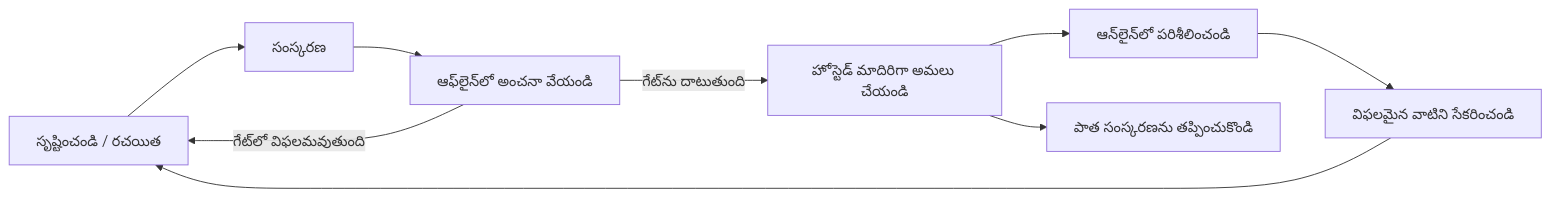
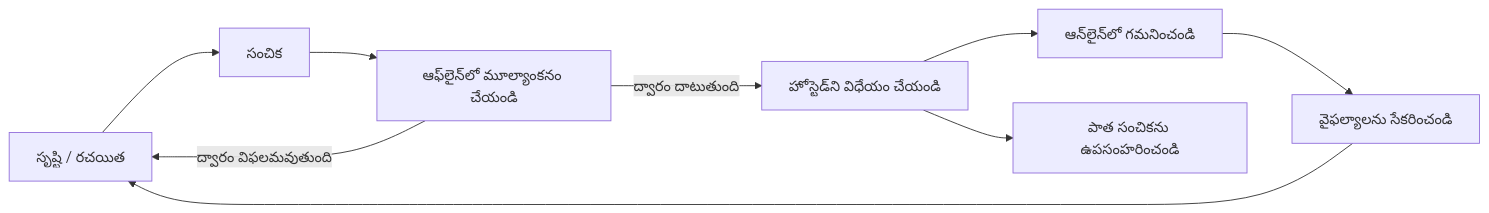
Before and after one commit to gabrielmoreira/agent-skills-mirror: the second of 4 diagrams in mirrors/repos/microsoft@ai-agents-for-beginners/translations/te/16-deploying-scalable-agents/README.md, drawn with Mermaid. The commit also changed other lines of this file and 3581 other files, not shown here.

````diff
--- a/mirrors/repos/microsoft@ai-agents-for-beginners/translations/te/16-deploying-scalable-agents/README.md
+++ b/mirrors/repos/microsoft@ai-agents-for-beginners/translations/te/16-deploying-scalable-agents/README.md
@@ -108,11 +108,11 @@
 ```mermaid
 flowchart LR
-    Create[సృష్టించండి / రచయిత] --> Version[సంస్కరణ]
-    Version --> Evaluate[ఆఫ్‌లైన్‌లో అంచనా వేయండి]
-    Evaluate -->|గేట్‌ను దాటుతుంది| Deploy[హోస్టెడ్ మాదిరిగా అమలు చేయండి]
-    Evaluate -->|గేట్‌లో విఫలమవుతుంది| Create
-    Deploy --> Observe[ఆన్‌లైన్‌లో పరిశీలించండి]
-    Observe --> Improve[విఫలమైన వాటిని సేకరించండి]
+    Create[సృష్టి / రచయిత] --> Version[సంచిక]
+    Version --> Evaluate[ఆఫ్‌లైన్‌లో మూల్యాంకనం చేయండి]
+    Evaluate -->|ద్వారం దాటుతుంది| Deploy[హోస్టెడ్‌ని విధేయం చేయండి]
+    Evaluate -->|ద్వారం విఫలమవుతుంది| Create
+    Deploy --> Observe[ఆన్‌లైన్‌లో గమనించండి]
+    Observe --> Improve[వైఫల్యాలను సేకరించండి]
     Improve --> Create
-    Deploy --> Retire[పాత సంస్కరణను తప్పించుకొండి]
+    Deploy --> Retire[పాత సంచికను ఉపసంహరించండి]
 ```
````
